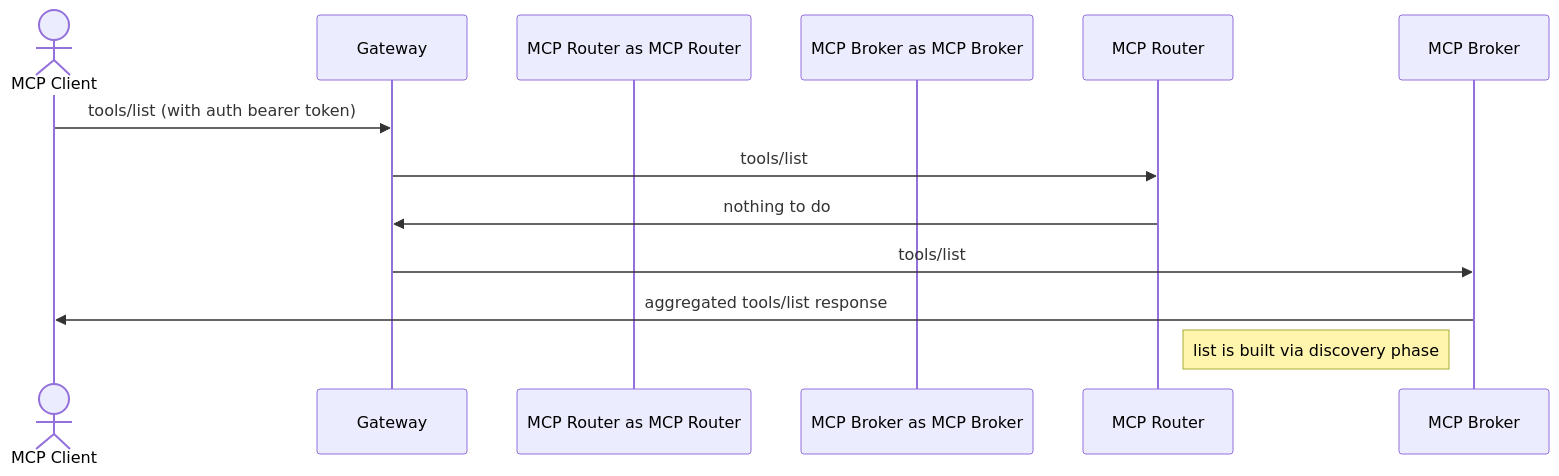
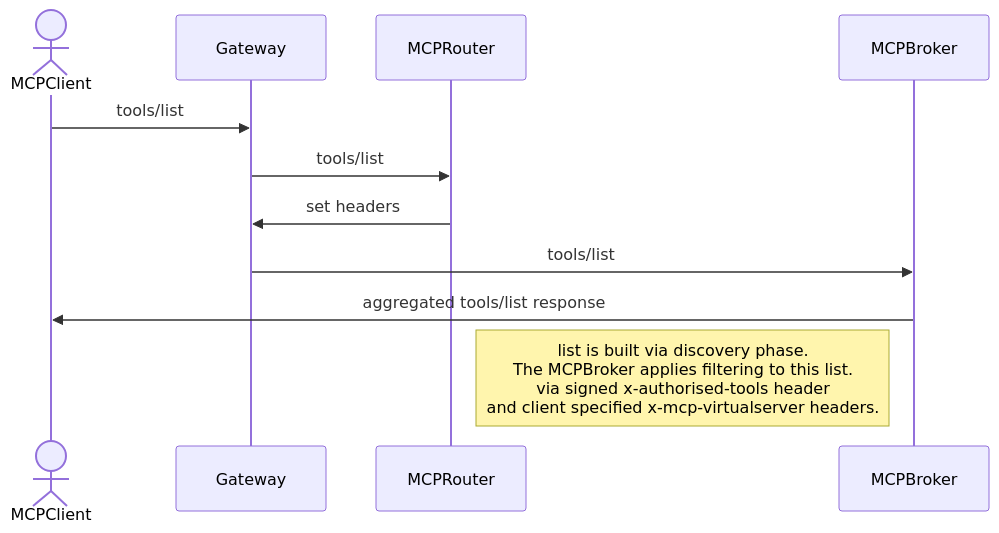
Before and after one commit to esnible/mcp-gateway: the third of 7 diagrams in docs/design/flows.md, drawn with Mermaid. The commit also changed other lines of this file, not shown here.

Commit message:
add some more simplified flow diagrams

````diff
--- a/docs/design/flows.md
+++ b/docs/design/flows.md
@@ -28,14 +74,13 @@
 ```mermaid
 sequenceDiagram
-  actor MCP Client
+  actor MCPClient
   participant Gateway as Gateway
-  participant MCP Router as MCP Router
-  participant MCP Broker as MCP Broker
-  
-  MCP Client->>Gateway: tools/list (with auth bearer token)
-  Gateway->>MCP Router: tools/list
-  MCP Router->>Gateway: nothing to do
-  Gateway->>MCP Broker: tools/list
-  MCP Broker->>MCP Client: aggregated tools/list response
-  note left of MCP Broker: list is built via discovery phase
+  participant MCPRouter as MCPRouter
+  participant MCPBroker as MCPBroker
+  MCPClient->>Gateway: tools/list
+  Gateway->>MCPRouter: tools/list
+  MCPRouter->>Gateway: set headers
+  Gateway->>MCPBroker: tools/list
+  MCPBroker->>MCPClient: aggregated tools/list response
+  note left of MCPBroker: list is built via discovery phase. <br/> The MCPBroker applies filtering to this list. <br/> via signed x-authorised-tools header <br/> and client specified x-mcp-virtualserver headers.
 ```
````
